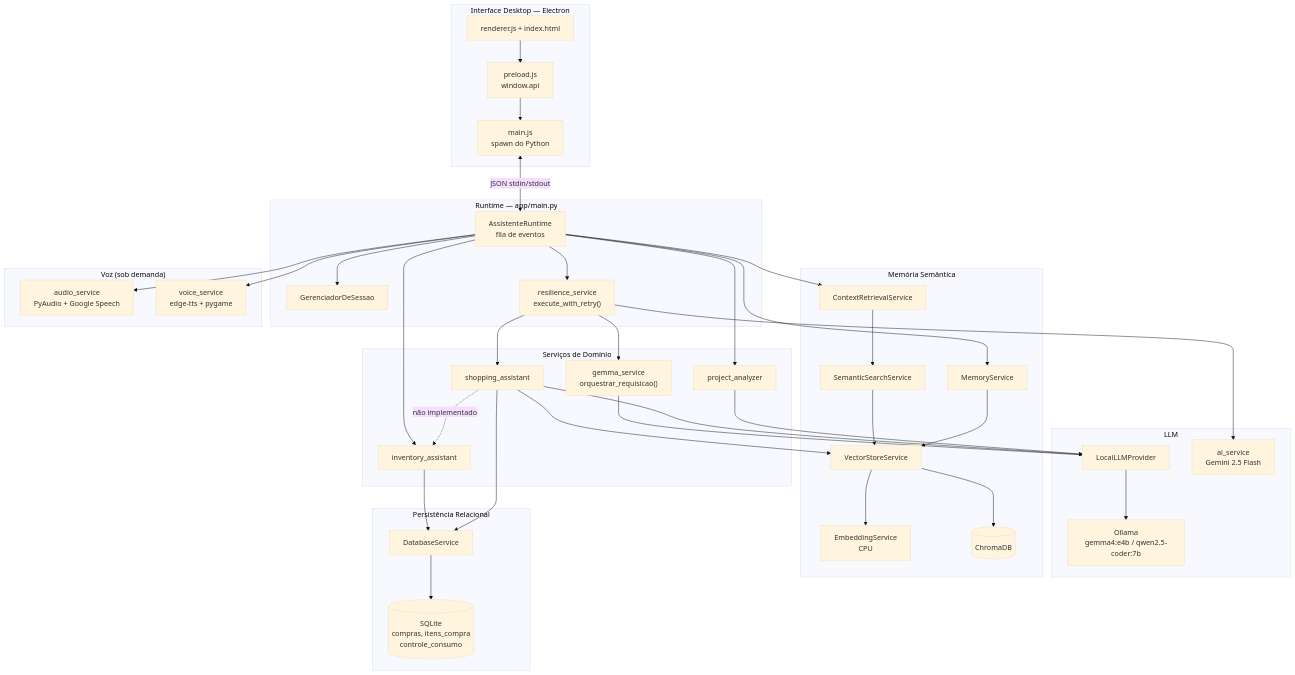
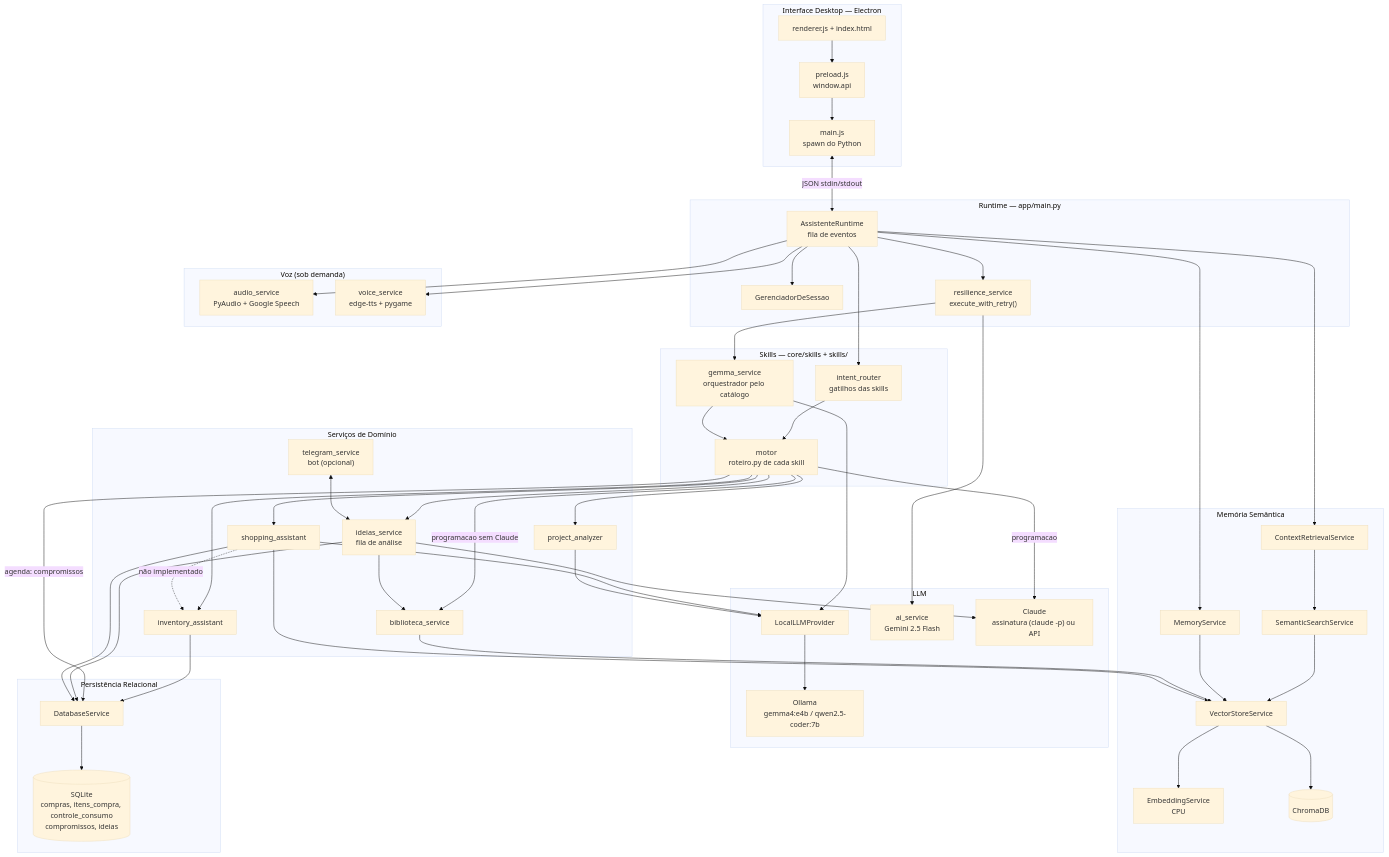
One commit to Felipe-Stu/assistente-domestico changed the first of 6 diagrams in Sobre a Versão/05 - Engenharia do Software.md. Above: the diagram before and after it, drawn with Mermaid (base theme). The commit also changed other lines of this file and 7 other files, not shown here.

First line of the commit message:
docs: Sobre a Versão atualizada ao estado da V4.1 (fase das skills)

```diff
--- a/Sobre a Versão/05 - Engenharia do Software.md
+++ b/Sobre a Versão/05 - Engenharia do Software.md
@@ -26,17 +26,28 @@
         RT --> RETRY
     end
 
+    subgraph "Skills — core/skills + skills/"
+        ROUTER["intent_router<br>gatilhos das skills"]
+        GEMMA_SVC["gemma_service<br>orquestrador pelo catálogo"]
+        MOTOR["motor<br>roteiro.py de cada skill"]
+        ROUTER --> MOTOR
+        GEMMA_SVC --> MOTOR
+    end
+
     subgraph "Serviços de Domínio"
-        GEMMA_SVC["gemma_service<br>orquestrar_requisicao()"]
         SHOPPING["shopping_assistant"]
         INVENTORY["inventory_assistant"]
         PA["project_analyzer"]
+        IDEIAS["ideias_service<br>fila de análise"]
+        BIB["biblioteca_service"]
+        TG["telegram_service<br>bot (opcional)"]
     end
 
     subgraph "LLM"
         LOCAL_PROV["LocalLLMProvider"]
         OLLAMA["Ollama<br>gemma4:e4b / qwen2.5-coder:7b"]
         AI_SVC["ai_service<br>Gemini 2.5 Flash"]
+        CLAUDE["Claude<br>assinatura (claude -p) ou API"]
         LOCAL_PROV --> OLLAMA
     end
 
@@ -55,7 +66,7 @@
 
     subgraph "Persistência Relacional"
         DB["DatabaseService"]
-        SQLITE[("SQLite<br>compras, itens_compra<br>controle_consumo")]
+        SQLITE[("SQLite<br>compras, itens_compra, controle_consumo<br>compromissos, ideias")]
         DB --> SQLITE
     end
 
@@ -65,11 +76,20 @@
     end
 
     EMAIN <-->|"JSON stdin/stdout"| RT
+    RT --> ROUTER
     RETRY --> GEMMA_SVC --> LOCAL_PROV
-    RETRY --> SHOPPING --> LOCAL_PROV
+    MOTOR --> SHOPPING --> LOCAL_PROV
+    MOTOR --> INVENTORY --> DB
+    MOTOR --> PA --> LOCAL_PROV
+    MOTOR -->|"agenda: compromissos"| DB
+    MOTOR --> IDEIAS
+    MOTOR -->|"programacao"| CLAUDE
+    MOTOR -->|"programacao sem Claude"| BIB
+    IDEIAS --> CLAUDE
+    IDEIAS --> DB
+    IDEIAS --> BIB --> VS
+    TG <--> IDEIAS
     RETRY --> AI_SVC
-    RT --> PA --> LOCAL_PROV
-    RT --> INVENTORY --> DB
     SHOPPING --> DB
     SHOPPING --> VS
     RT --> CTX
```
